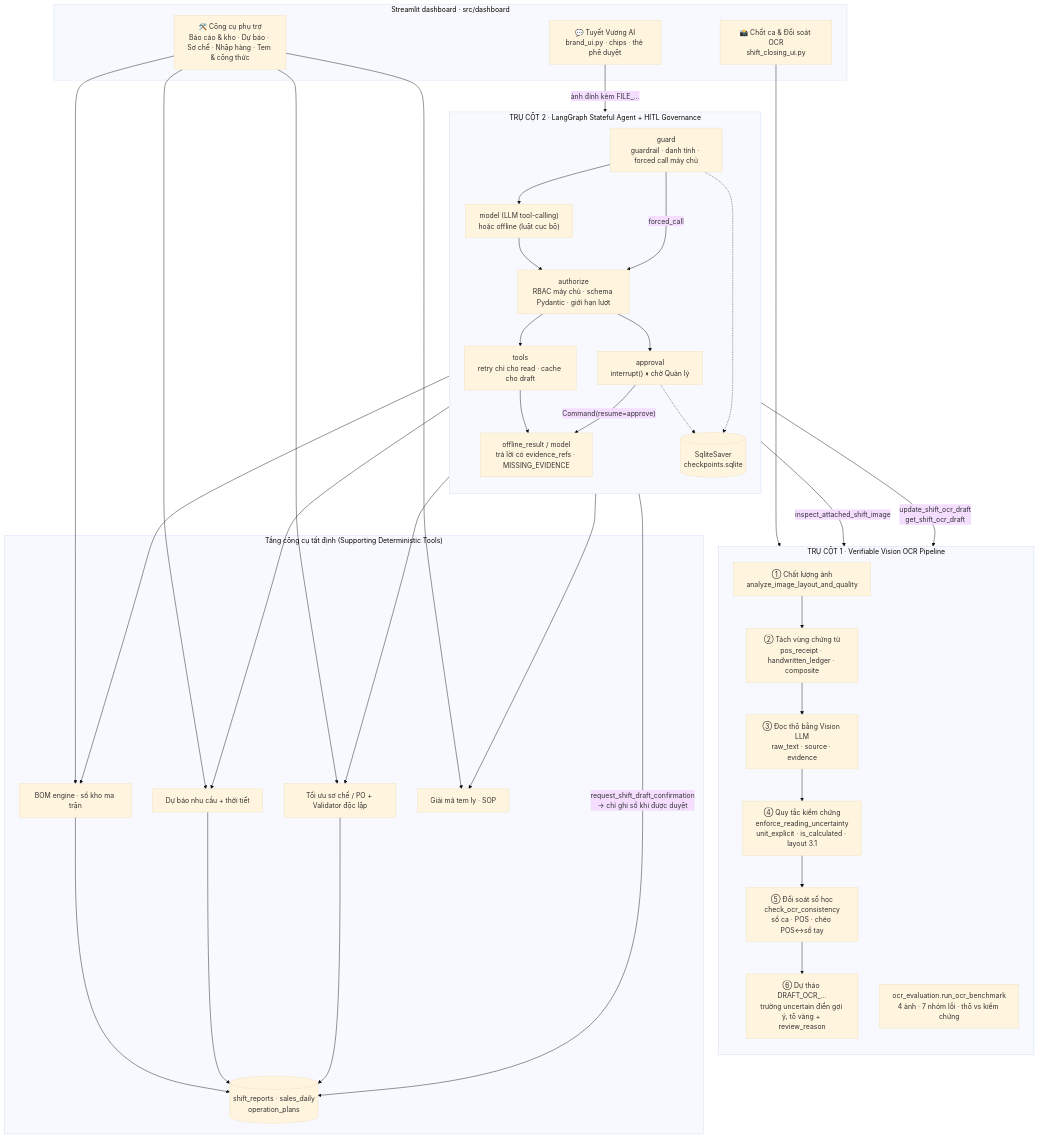
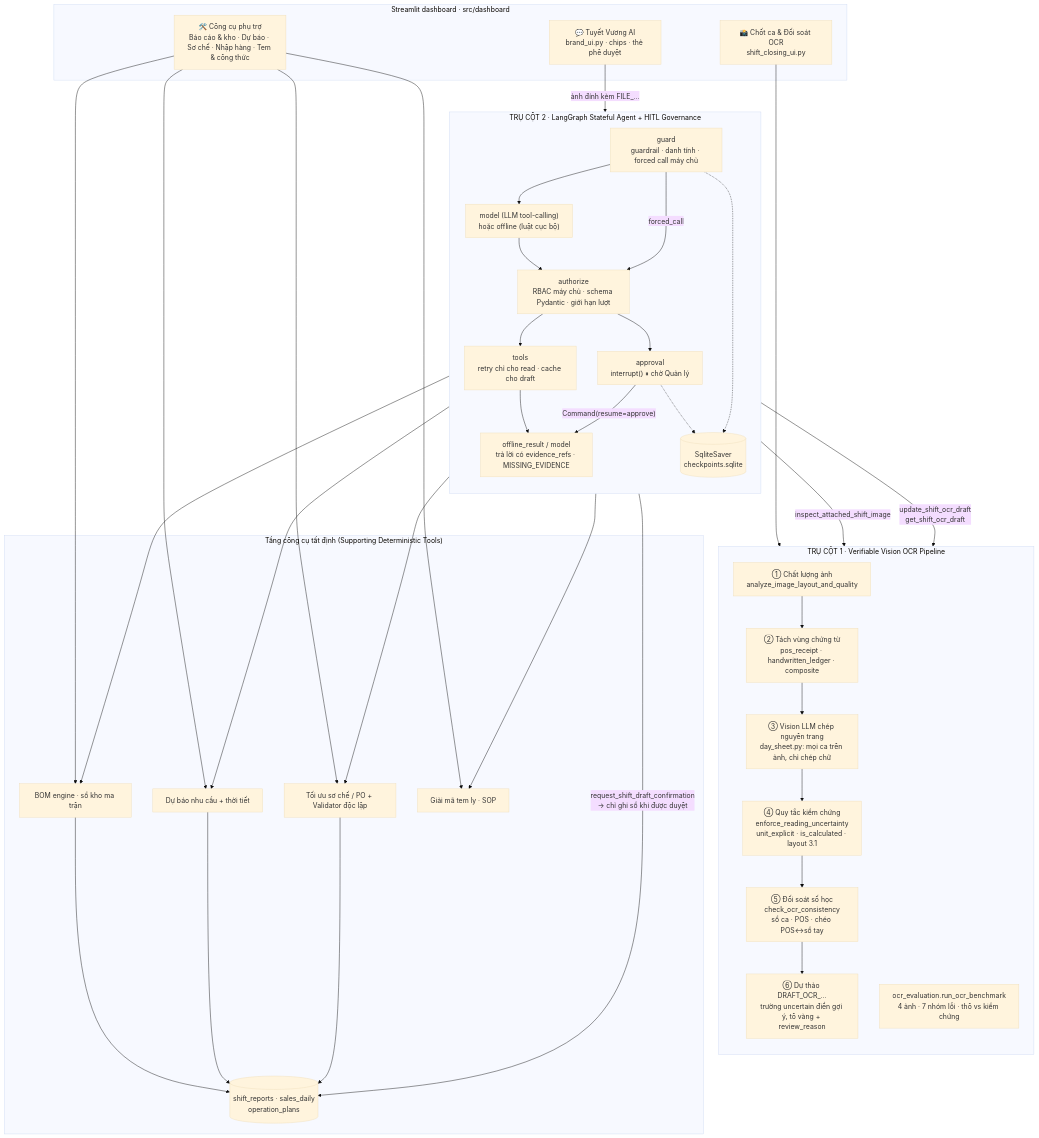
Before and after one commit to Quang20040/AI-Agent_mixue: the diagram in README.md, drawn with Mermaid (base theme). The commit also changed other lines of this file and 11 other files, not shown here.

First line of the commit message:
feat(ocr): đọc cả trang một lần cho mọi ca; mô hình chỉ chép chữ, quy tắc đổi thành tiền

````diff
--- a/README.md
+++ b/README.md
@@ -20,55 +20,55 @@
 ```mermaid
 flowchart TB
     subgraph UI["Streamlit dashboard · src/dashboard"]
         OCRP["📸 Chốt ca & Đối soát OCR<br/>shift_closing_ui.py"]
         CHAT["💬 Tuyết Vương AI<br/>brand_ui.py · chips · thẻ phê duyệt"]
         SUP["🛠️ Công cụ phụ trợ<br/>Báo cáo & kho · Dự báo · Sơ chế · Nhập hàng · Tem & công thức"]
     end
 
     subgraph P1["TRỤ CỘT 1 · Verifiable Vision OCR Pipeline"]
         direction TB
         Q1["① Chất lượng ảnh<br/>analyze_image_layout_and_quality"]
         Q2["② Tách vùng chứng từ<br/>pos_receipt · handwritten_ledger · composite"]
-        Q3["③ Đọc thô bằng Vision LLM<br/>raw_text · source · evidence"]
+        Q3["③ Vision LLM chép nguyên trang<br/>day_sheet.py: mọi ca trên ảnh, chỉ chép chữ"]
         Q4["④ Quy tắc kiểm chứng<br/>enforce_reading_uncertainty<br/>unit_explicit · is_calculated · layout 3.1"]
         Q5["⑤ Đối soát số học<br/>check_ocr_consistency<br/>sổ ca · POS · chéo POS↔sổ tay"]
         Q6["⑥ Dự thảo DRAFT_OCR_…<br/>trường uncertain điền gợi ý, tô vàng + review_reason"]
         Q1 --> Q2 --> Q3 --> Q4 --> Q5 --> Q6
         BENCH["ocr_evaluation.run_ocr_benchmark<br/>4 ảnh · 7 nhóm lỗi · thô vs kiểm chứng"]
     end
 
     subgraph P2["TRỤ CỘT 2 · LangGraph Stateful Agent + HITL Governance"]
         direction TB
         G["guard<br/>guardrail · danh tính · forced call máy chủ"]
         M["model (LLM tool-calling)<br/>hoặc offline (luật cục bộ)"]
         A["authorize<br/>RBAC máy chủ · schema Pydantic · giới hạn lượt"]
         T["tools<br/>retry chỉ cho read · cache cho draft"]
         AP["approval<br/>interrupt() ⏸ chờ Quản lý"]
         R["offline_result / model<br/>trả lời có evidence_refs · MISSING_EVIDENCE"]
         CK[("SqliteSaver<br/>checkpoints.sqlite")]
         G --> M --> A
         G -- "forced_call" --> A
         A --> T --> R
         A --> AP
         AP -- "Command(resume=approve)" --> R
         G -.-> CK
         AP -.-> CK
     end
 
     subgraph DT["Tầng công cụ tất định (Supporting Deterministic Tools)"]
         BOM["BOM engine · sổ kho ma trận"]
         FC["Dự báo nhu cầu + thời tiết"]
         OPT["Tối ưu sơ chế / PO + Validator độc lập"]
         STK["Giải mã tem ly · SOP"]
         SR[("shift_reports · sales_daily<br/>operation_plans")]
     end
 
     OCRP --> Q1
     CHAT -- "ảnh đính kèm FILE_…" --> G
     T -- "inspect_attached_shift_image" --> Q1
     T -- "update_shift_ocr_draft<br/>get_shift_ocr_draft" --> Q6
     AP -- "request_shift_draft_confirmation<br/>→ chỉ ghi sổ khi được duyệt" --> SR
     T --> BOM & FC & OPT & STK
     SUP --> BOM & FC & OPT & STK
     BOM & FC & OPT --> SR
 ```
````
